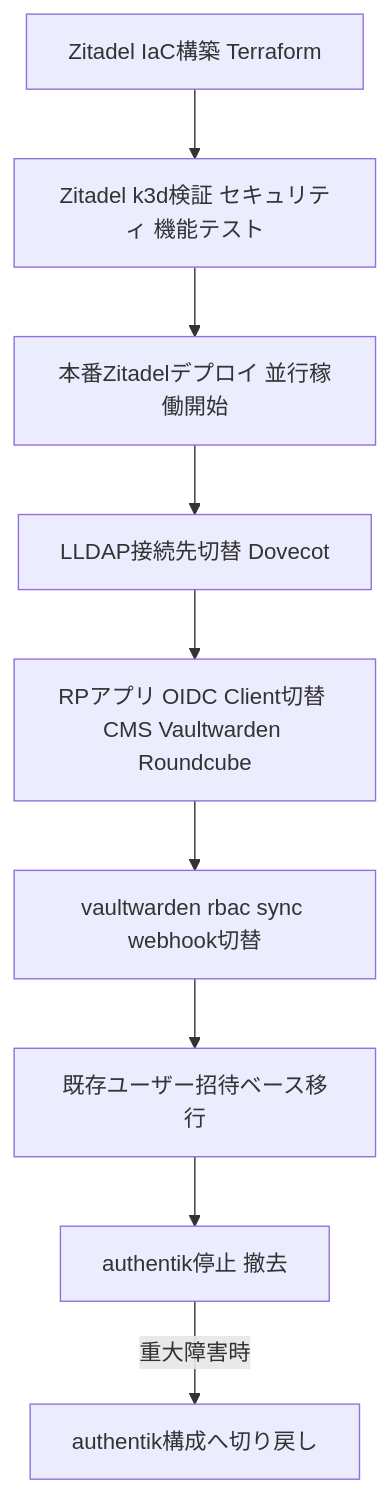
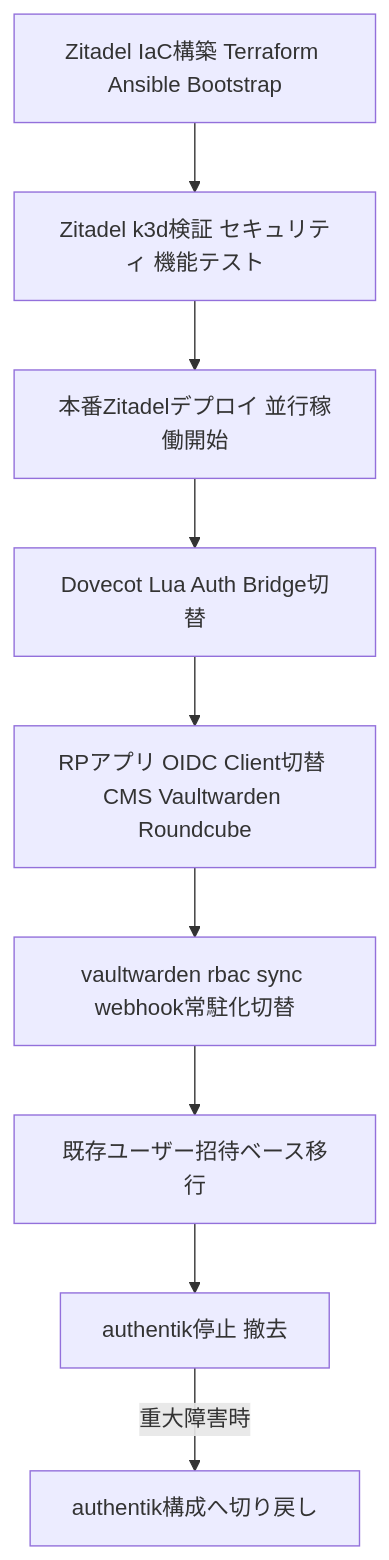
One commit to aramakisai/aramakisai-infra changed the sixth of 6 diagrams in .kiro/specs/idp-migration-zitadel/design.md. Above: the diagram before and after it, drawn with Mermaid. The commit also changed other lines of this file and 3 other files, not shown here.

````diff
--- a/.kiro/specs/idp-migration-zitadel/design.md
+++ b/.kiro/specs/idp-migration-zitadel/design.md
@@ -361,11 +426,11 @@
 ```mermaid
 flowchart TD
-    A[Zitadel IaC構築 Terraform] --> B[Zitadel k3d検証 セキュリティ 機能テスト]
+    A[Zitadel IaC構築 Terraform Ansible Bootstrap] --> B[Zitadel k3d検証 セキュリティ 機能テスト]
     B --> C[本番Zitadelデプロイ 並行稼働開始]
-    C --> D[LLDAP接続先切替 Dovecot]
+    C --> D[Dovecot Lua Auth Bridge切替]
     D --> E[RPアプリ OIDC Client切替 CMS Vaultwarden Roundcube]
-    E --> F[vaultwarden rbac sync webhook切替]
+    E --> F[vaultwarden rbac sync webhook常駐化切替]
     F --> G[既存ユーザー招待ベース移行]
     G --> H[authentik停止 撤去]
     H -->|重大障害時| I[authentik構成へ切り戻し]
 ```
````
